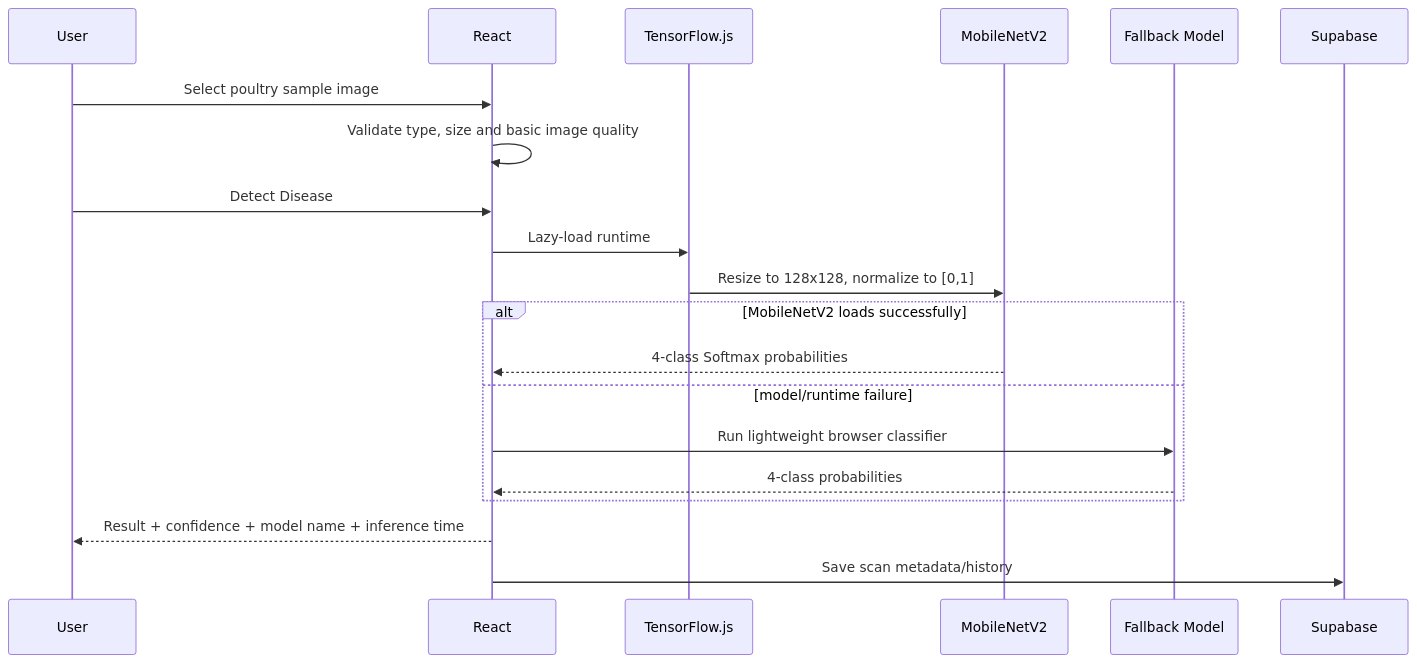
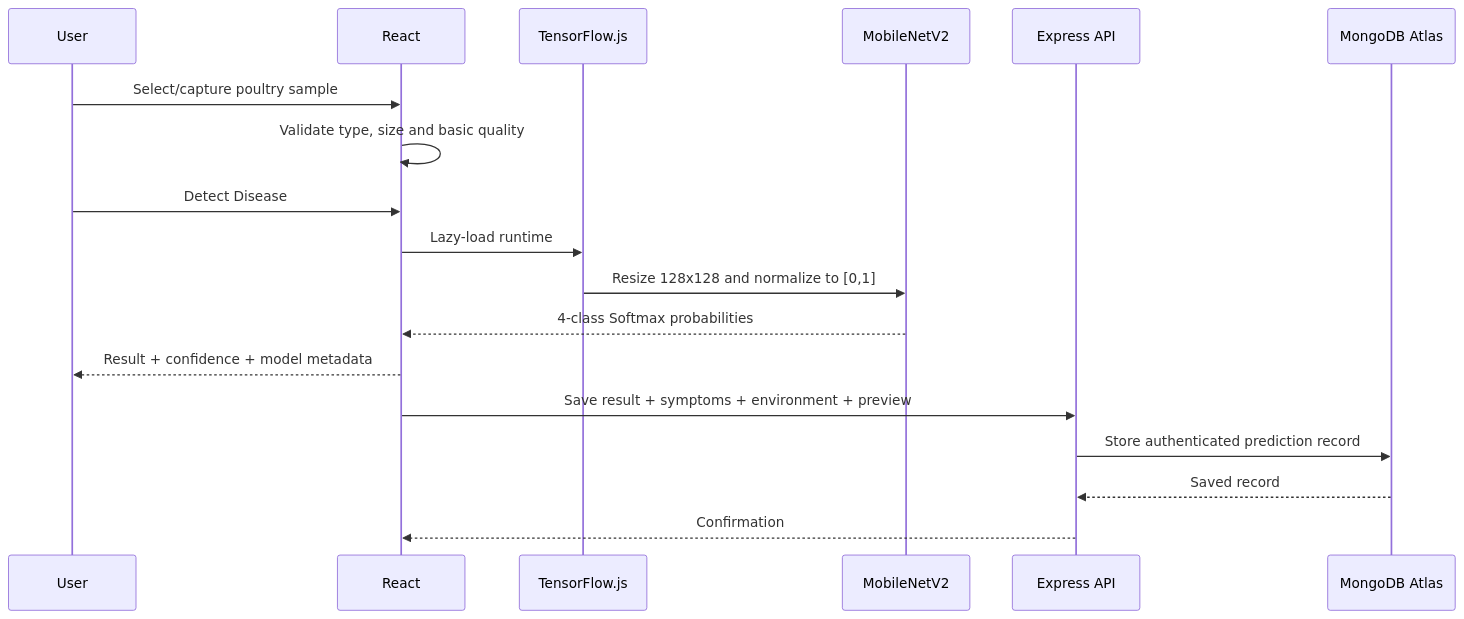
The second of 2 diagrams in docs/ARCHITECTURE.md (Mithun9661/poultry-disease-classification), drawn with Mermaid before and after one commit. The commit also changed other lines of this file, not shown here.

Commit message:
docs: update architecture for live Express MongoDB backend

````diff
--- a/docs/ARCHITECTURE.md
+++ b/docs/ARCHITECTURE.md
@@ -56,23 +58,21 @@
 ```mermaid
 sequenceDiagram
     participant User
     participant React
     participant TFJS as TensorFlow.js
-    participant M as MobileNetV2
-    participant F as Fallback Model
-    participant DB as Supabase
+    participant Model as MobileNetV2
+    participant API as Express API
+    participant DB as MongoDB Atlas
 
-    User->>React: Select poultry sample image
-    React->>React: Validate type, size and basic image quality
+    User->>React: Select/capture poultry sample
+    React->>React: Validate type, size and basic quality
     User->>React: Detect Disease
     React->>TFJS: Lazy-load runtime
-    TFJS->>M: Resize to 128x128, normalize to [0,1]
-    alt MobileNetV2 loads successfully
-        M-->>React: 4-class Softmax probabilities
-    else model/runtime failure
-        React->>F: Run lightweight browser classifier
-        F-->>React: 4-class probabilities
-    end
-    React-->>User: Result + confidence + model name + inference time
-    React->>DB: Save scan metadata/history
+    TFJS->>Model: Resize 128x128 and normalize to [0,1]
+    Model-->>React: 4-class Softmax probabilities
+    React-->>User: Result + confidence + model metadata
+    React->>API: Save result + symptoms + environment + preview
+    API->>DB: Store authenticated prediction record
+    DB-->>API: Saved record
+    API-->>React: Confirmation
 ```
````
